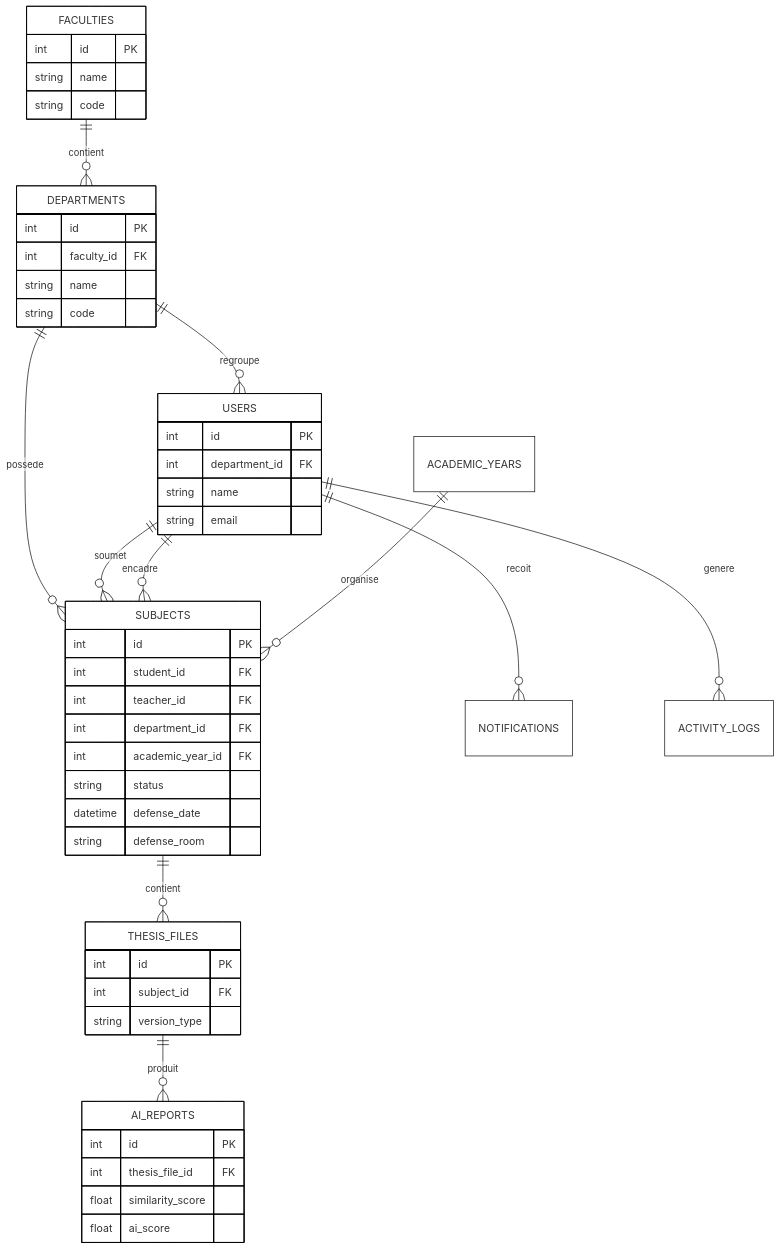
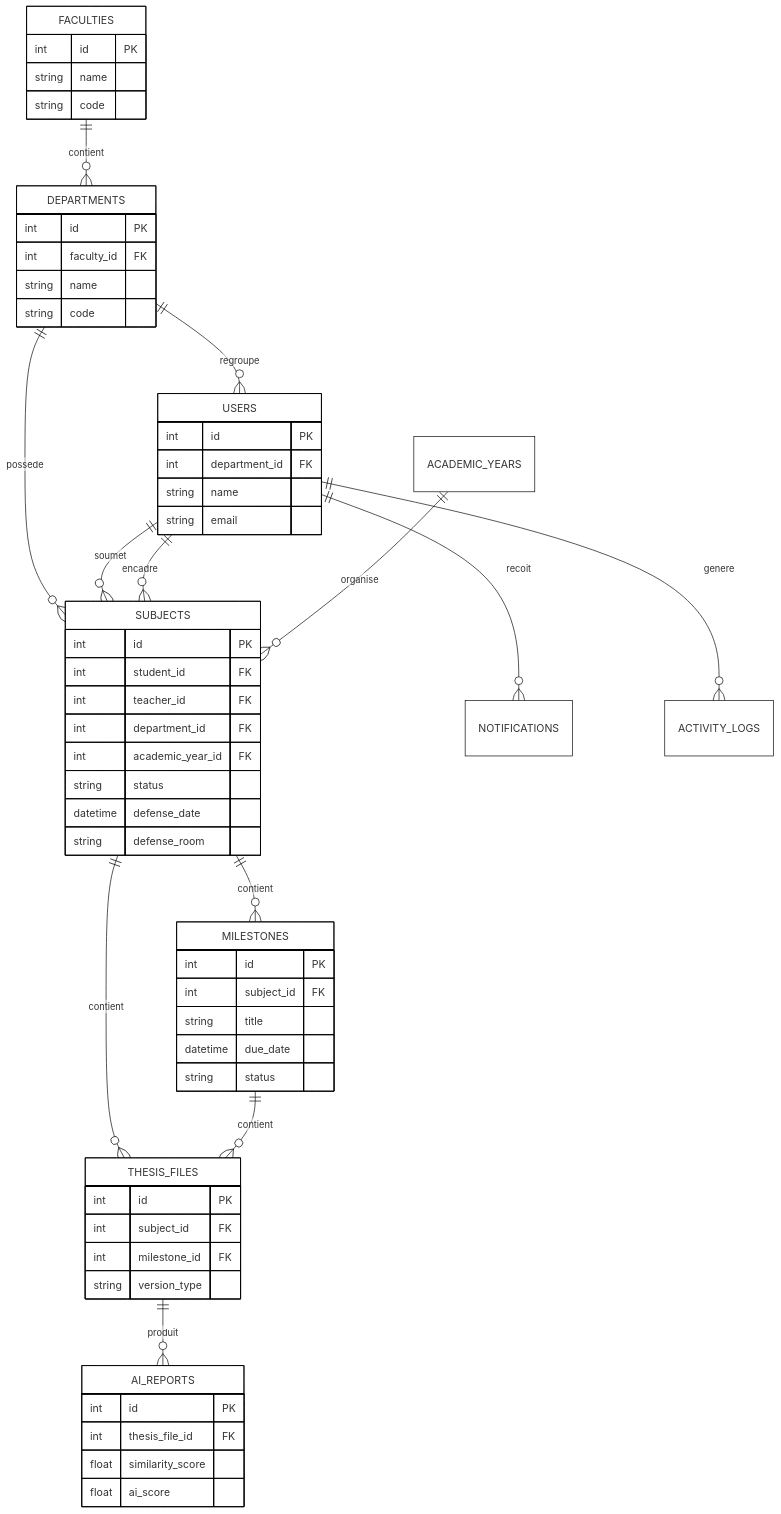
One commit to DavidMwangaza/TFC-Manager changed diagram 11 of 13 in DIAGRAMMES-PAR-CHAPITRE-NB.md. Above: the diagram before and after it, drawn with Mermaid. The commit also changed other lines of this file and 42 other files, not shown here.

````diff
--- a/DIAGRAMMES-PAR-CHAPITRE-NB.md
+++ b/DIAGRAMMES-PAR-CHAPITRE-NB.md
@@ -333,53 +351,63 @@
 ```mermaid
 %%{init: {'theme':'base','themeVariables': {'background':'#ffffff','primaryColor':'#ffffff','primaryBorderColor':'#000000','lineColor':'#000000','textColor':'#000000'}}}%%
 erDiagram
     FACULTIES ||--o{ DEPARTMENTS : contient
     DEPARTMENTS ||--o{ USERS : regroupe
     DEPARTMENTS ||--o{ SUBJECTS : possede
     USERS ||--o{ SUBJECTS : soumet
     USERS ||--o{ SUBJECTS : encadre
     ACADEMIC_YEARS ||--o{ SUBJECTS : organise
+    SUBJECTS ||--o{ MILESTONES : contient
     SUBJECTS ||--o{ THESIS_FILES : contient
+    MILESTONES ||--o{ THESIS_FILES : contient
     THESIS_FILES ||--o{ AI_REPORTS : produit
     USERS ||--o{ NOTIFICATIONS : recoit
     USERS ||--o{ ACTIVITY_LOGS : genere
 
     FACULTIES {
         int id PK
         string name
         string code
     }
     DEPARTMENTS {
         int id PK
         int faculty_id FK
         string name
         string code
     }
     USERS {
         int id PK
         int department_id FK
         string name
         string email
     }
     SUBJECTS {
         int id PK
         int student_id FK
         int teacher_id FK
         int department_id FK
         int academic_year_id FK
         string status
         datetime defense_date
         string defense_room
     }
+    MILESTONES {
+        int id PK
+        int subject_id FK
+        string title
+        datetime due_date
+        string status
+    }
     THESIS_FILES {
         int id PK
         int subject_id FK
+        int milestone_id FK
         string version_type
     }
     AI_REPORTS {
         int id PK
         int thesis_file_id FK
         float similarity_score
         float ai_score
     }
 ```
````
